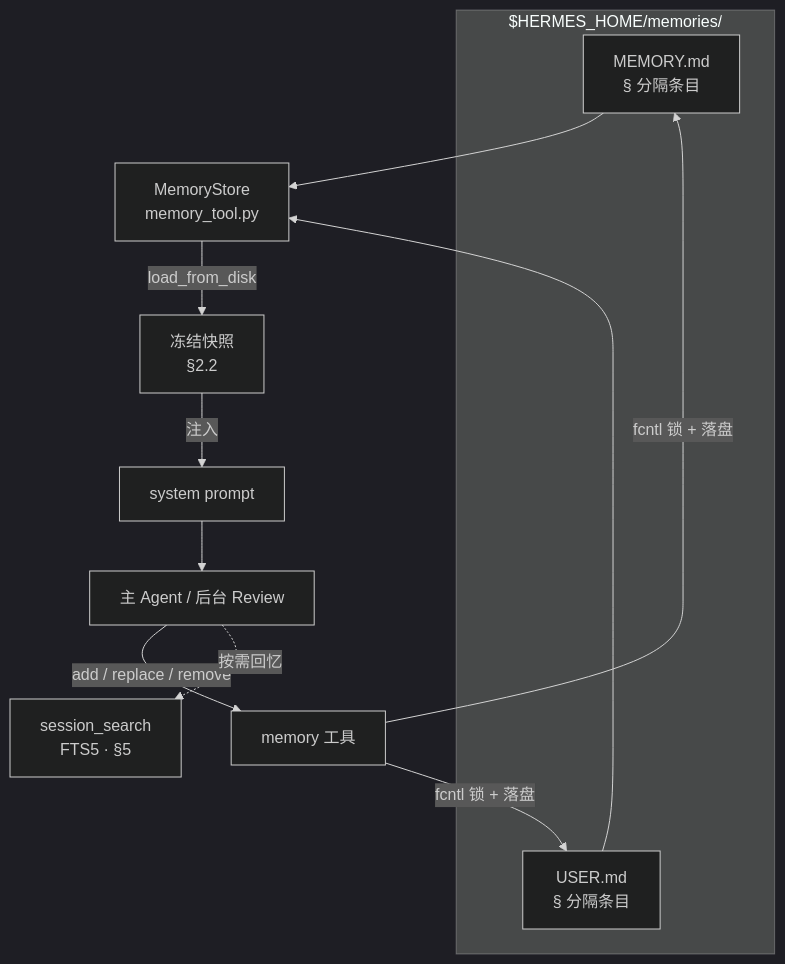
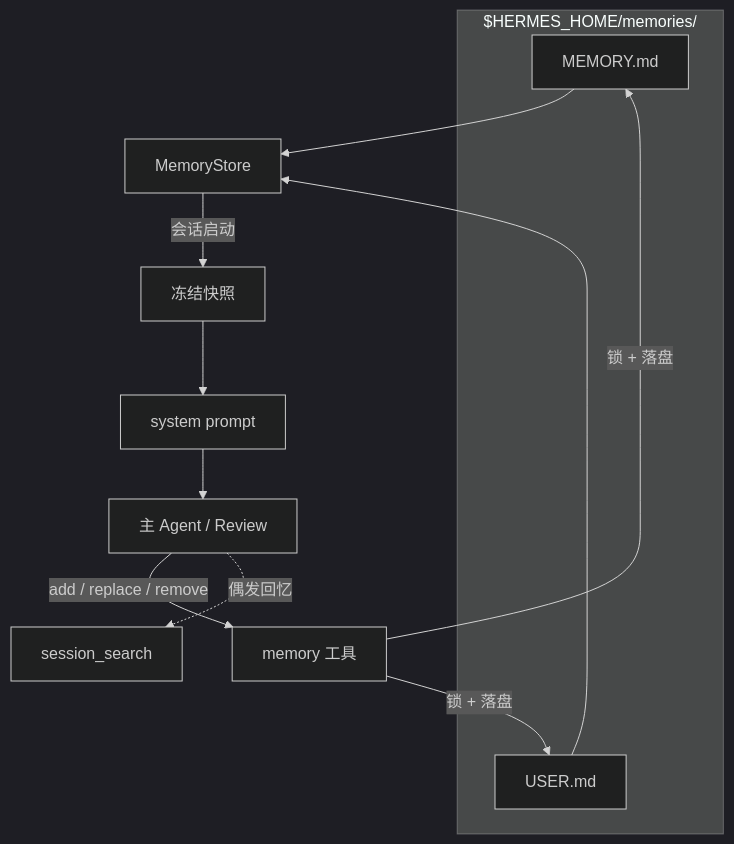
The second of 3 diagrams in docs/latest/hermes-agent-memory.md (wolf-wolf/ai-tell-ai), drawn with Mermaid (dark theme) before and after one commit. The commit also changed other lines of this file and 25 other files, not shown here.

````diff
--- a/docs/latest/hermes-agent-memory.md
+++ b/docs/latest/hermes-agent-memory.md
@@ -118,17 +130,17 @@
 ```mermaid
 flowchart TB
   subgraph disk ["$HERMES_HOME/memories/"]
-    MD[MEMORY.md<br/>§ 分隔条目]
-    UD[USER.md<br/>§ 分隔条目]
+    MD[MEMORY.md]
+    UD[USER.md]
   end
-  MS[MemoryStore<br/>memory_tool.py]
+  MS[MemoryStore]
   MD --> MS
   UD --> MS
-  MS -->|load_from_disk| SNAP[冻结快照<br/>§2.2]
-  SNAP -->|注入| SP[system prompt]
-  SP --> AGENT[主 Agent / 后台 Review]
+  MS -->|会话启动| SNAP[冻结快照]
+  SNAP --> SP[system prompt]
+  SP --> AGENT[主 Agent / Review]
   AGENT -->|add / replace / remove| MT[memory 工具]
-  MT -->|fcntl 锁 + 落盘| MD
-  MT -->|fcntl 锁 + 落盘| UD
-  AGENT -.按需回忆.-> SS[session_search<br/>FTS5 · §5]
+  MT -->|锁 + 落盘| MD
+  MT -->|锁 + 落盘| UD
+  AGENT -.偶发回忆.-> SS[session_search]
 ```
````
